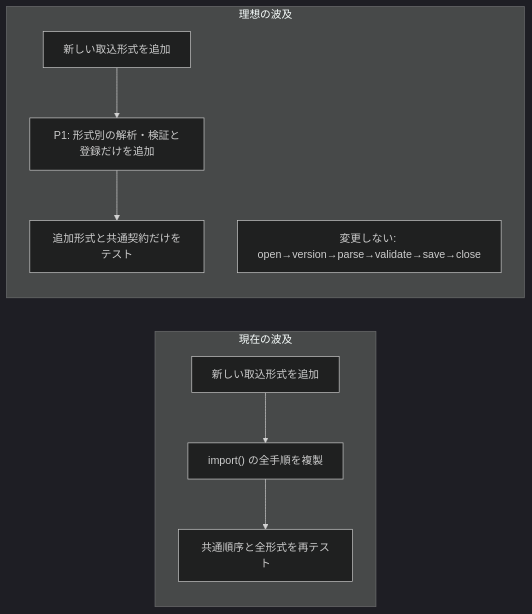
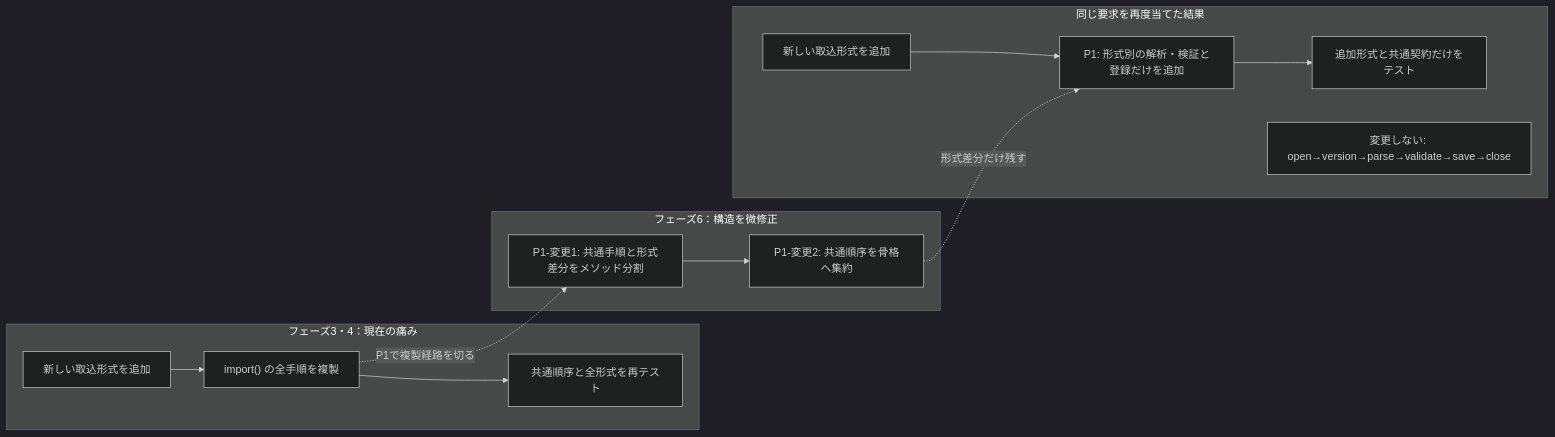
One commit to kumachan1101-pixel/DesignPattern changed the fifth of 14 diagrams in kindle/design-patterns/output/chapter04.md. Above: the diagram before and after it, drawn with Mermaid (dark theme). The commit also changed other lines of this file and 22 other files, not shown here.

````diff
--- a/kindle/design-patterns/output/chapter04.md
+++ b/kindle/design-patterns/output/chapter04.md
@@ -913,12 +913,17 @@
 ```mermaid
 flowchart LR
-    subgraph Current["現在の波及"]
+    subgraph Pain["フェーズ3・4：現在の痛み"]
         CR["新しい取込形式を追加"] --> C1["import() の全手順を複製"]
         C1 --> C2["共通順序と全形式を再テスト"]
     end
-    subgraph Ideal["理想の波及"]
+    subgraph StructuralChange["フェーズ6：構造を微修正"]
+        S1["P1-変更1: 共通手順と形式差分をメソッド分割"] --> S2["P1-変更2: 共通順序を骨格へ集約"]
+    end
+    subgraph Result["同じ要求を再度当てた結果"]
         IR["新しい取込形式を追加"] --> I1["P1: 形式別の解析・検証と登録だけを追加"]
         I1 --> I2["追加形式と共通契約だけをテスト"]
         IS["変更しない: open→version→parse→validate→save→close"]
     end
+    C1 -. "P1で複製経路を切る" .-> S1
+    S2 -. "形式差分だけ残す" .-> I1
 ```
````
